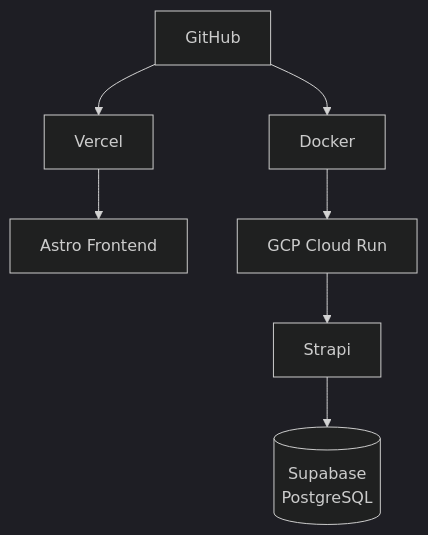
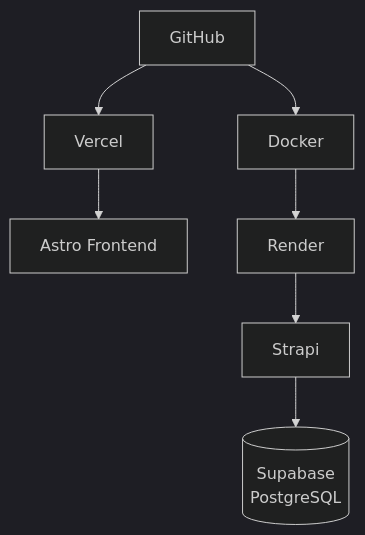
Before and after one commit to AnggaWikaNugraha/knowly-headless-cms: the second of 2 diagrams in README.id.md, drawn with Mermaid (dark theme). The commit also changed other lines of this file and 8 other files, not shown here.

Commit message:
feat: gcp ke render

````diff
--- a/README.id.md
+++ b/README.id.md
@@ -112,17 +112,17 @@
 ```mermaid
 flowchart TD
     G[GitHub]
     V[Vercel]
     DK[Docker]
     AF[Astro Frontend]
-    CR[GCP Cloud Run]
+    CR[Render]
     ST[Strapi]
     SQ[("Supabase<br/>PostgreSQL")]
 
     G --> V
     G --> DK
     V --> AF
     DK --> CR
     CR --> ST
     ST --> SQ
 ```
````
